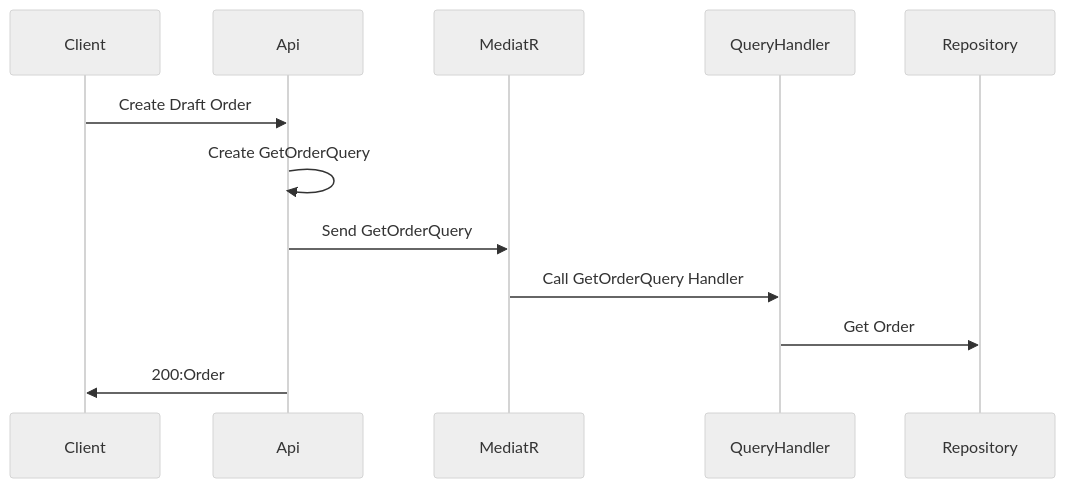
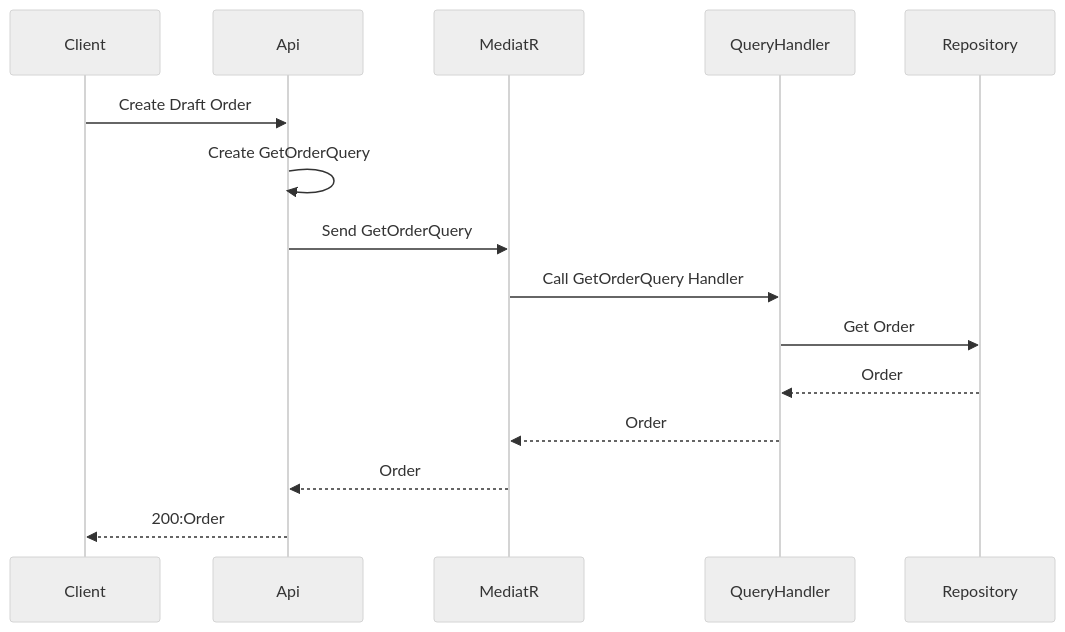
Before and after one commit to slobodanvulic/ecommerce-checkout-service: the second of 2 diagrams in README.md, drawn with Mermaid (neutral theme). The commit also changed other lines of this file, not shown here.

Commit message:
Uml sequence diagrams

````diff
--- a/README.md
+++ b/README.md
@@ -46,15 +49,18 @@
 ```mermaid
 sequenceDiagram;
     participant C as Client;
     participant Api as Api
     participant M as MediatR
     participant QH as QueryHandler
     participant R as Repository
 
     C->>Api: Create Draft Order
     Api->>Api: Create GetOrderQuery
     Api->>M: Send GetOrderQuery
     M->>QH: Call GetOrderQuery Handler
     QH->>R: Get Order
-    Api->>C: 200:Order
+    R-->>QH: Order
+    QH-->>M: Order
+    M-->>Api: Order
+    Api-->>C: 200:Order
 ```
````
